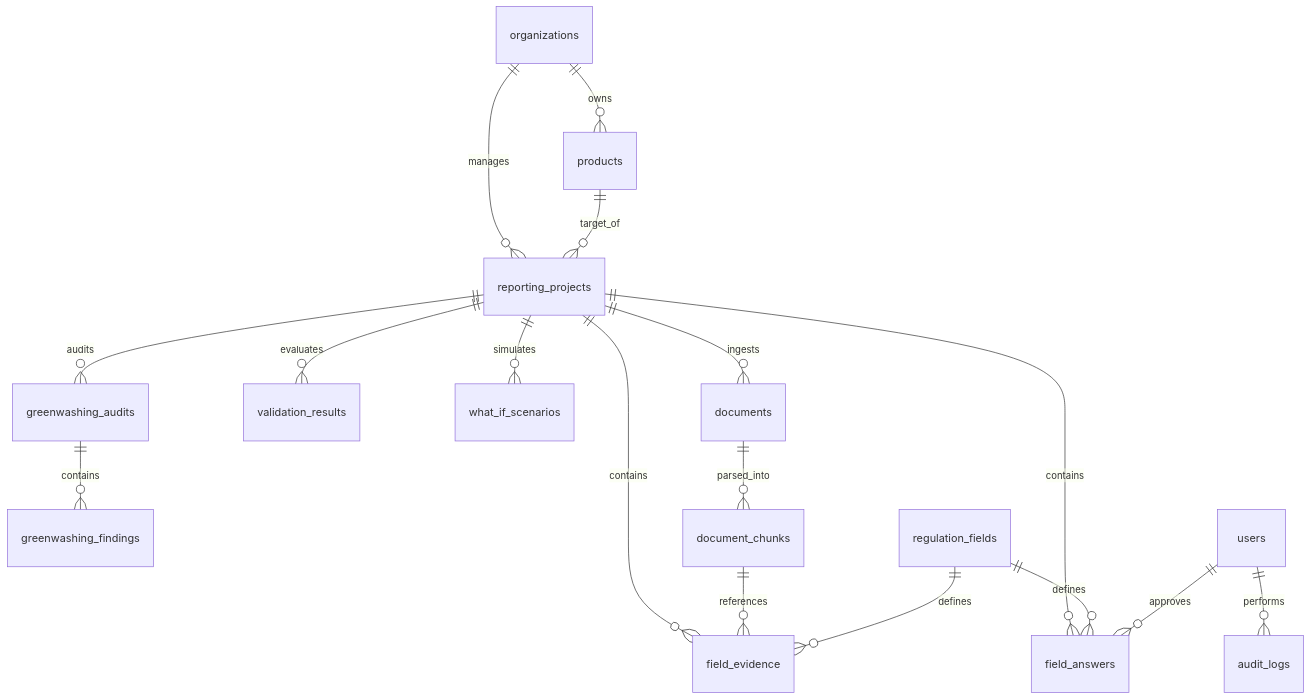
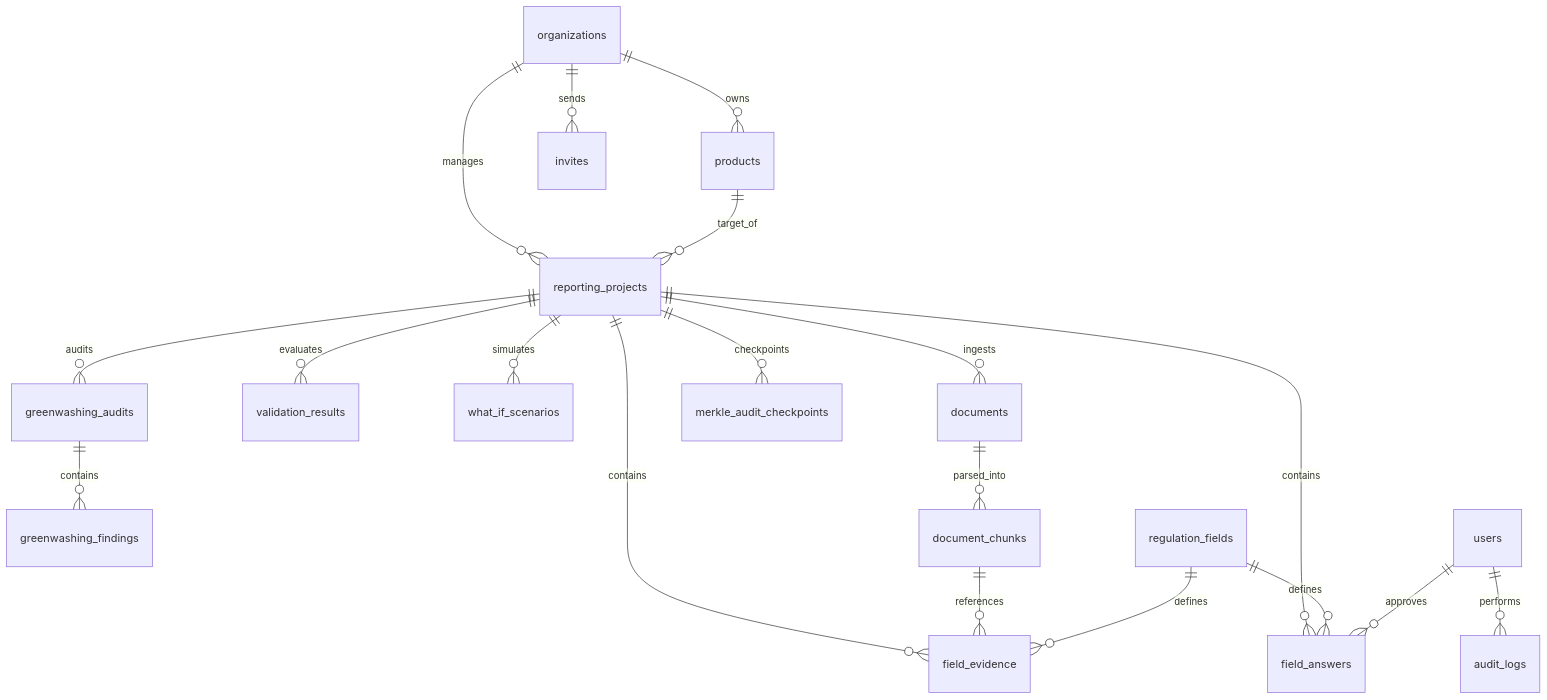
One commit to mananjp/Clarix changed the diagram in README.md. Above: the diagram before and after it, drawn with Mermaid. The commit also changed other lines of this file, not shown here.

````diff
--- a/README.md
+++ b/README.md
@@ -39,19 +156,21 @@
 ```mermaid
 erDiagram
     organizations ||--o{ products : owns
     organizations ||--o{ reporting_projects : manages
     products ||--o{ reporting_projects : target_of
     reporting_projects ||--o{ documents : ingests
     reporting_projects ||--o{ field_answers : contains
     reporting_projects ||--o{ field_evidence : contains
     reporting_projects ||--o{ validation_results : evaluates
     reporting_projects ||--o{ what_if_scenarios : simulates
     reporting_projects ||--o{ greenwashing_audits : audits
     greenwashing_audits ||--o{ greenwashing_findings : contains
     documents ||--o{ document_chunks : parsed_into
     document_chunks ||--o{ field_evidence : references
     regulation_fields ||--o{ field_answers : defines
     regulation_fields ||--o{ field_evidence : defines
     users ||--o{ field_answers : approves
     users ||--o{ audit_logs : performs
+    organizations ||--o{ invites : sends
+    reporting_projects ||--o{ merkle_audit_checkpoints : checkpoints
 ```
````
